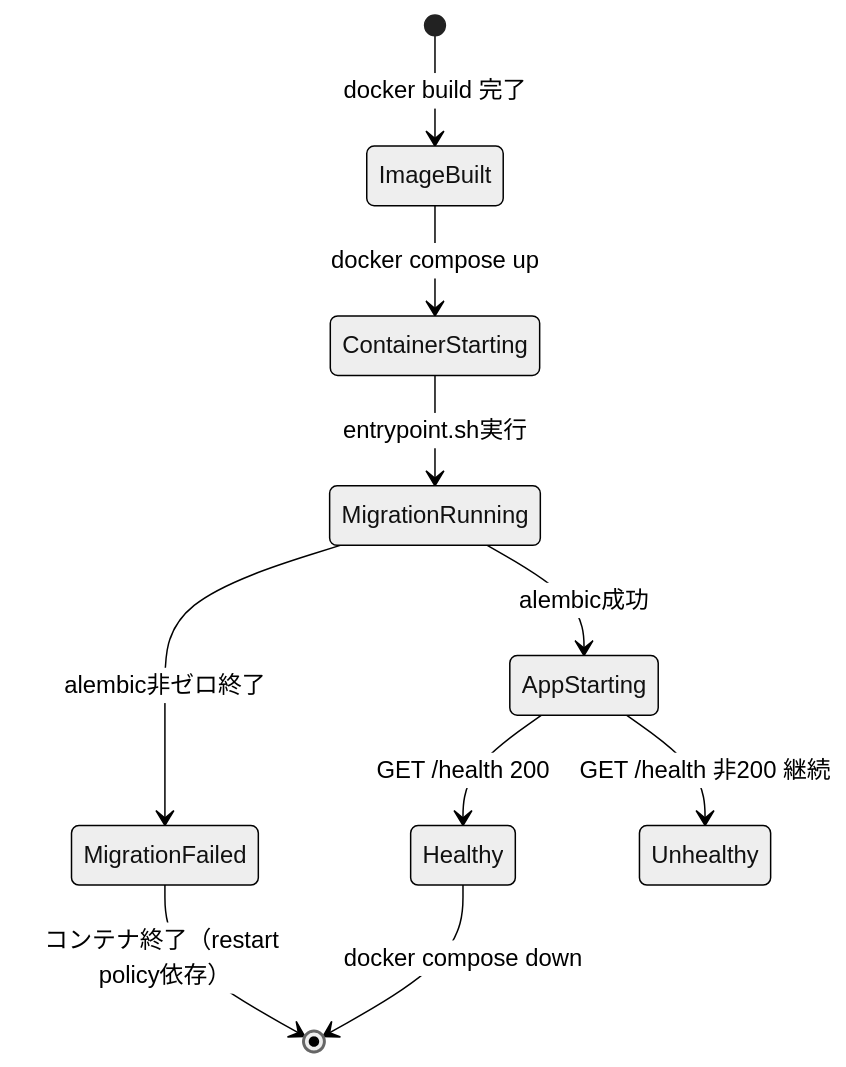
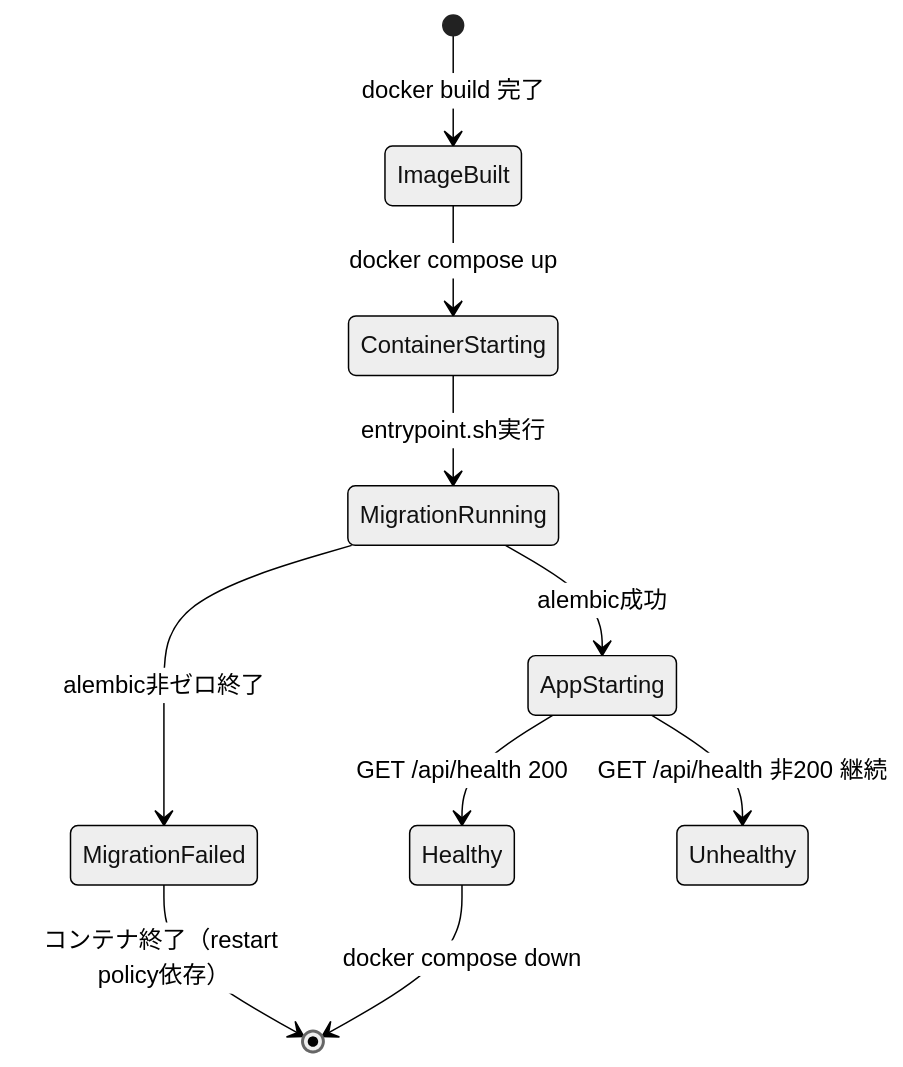
The fourth of 5 diagrams in detailed_design/infra/02_dockerfile_api.md (oikawa-d/task_management), drawn with Mermaid (neutral theme) before and after one commit. The commit also changed other lines of this file and 14 other files, not shown here.

````diff
--- a/detailed_design/infra/02_dockerfile_api.md
+++ b/detailed_design/infra/02_dockerfile_api.md
@@ -117,12 +117,12 @@
 ```mermaid
 stateDiagram-v2
     [*] --> ImageBuilt: docker build 完了
     ImageBuilt --> ContainerStarting: docker compose up
     ContainerStarting --> MigrationRunning: entrypoint.sh実行
     MigrationRunning --> MigrationFailed: alembic非ゼロ終了
     MigrationRunning --> AppStarting: alembic成功
     MigrationFailed --> [*]: コンテナ終了（restart policy依存）
-    AppStarting --> Healthy: GET /health 200
-    AppStarting --> Unhealthy: GET /health 非200 継続
+    AppStarting --> Healthy: GET /api/health 200
+    AppStarting --> Unhealthy: GET /api/health 非200 継続
     Healthy --> [*]: docker compose down
 ```
````
